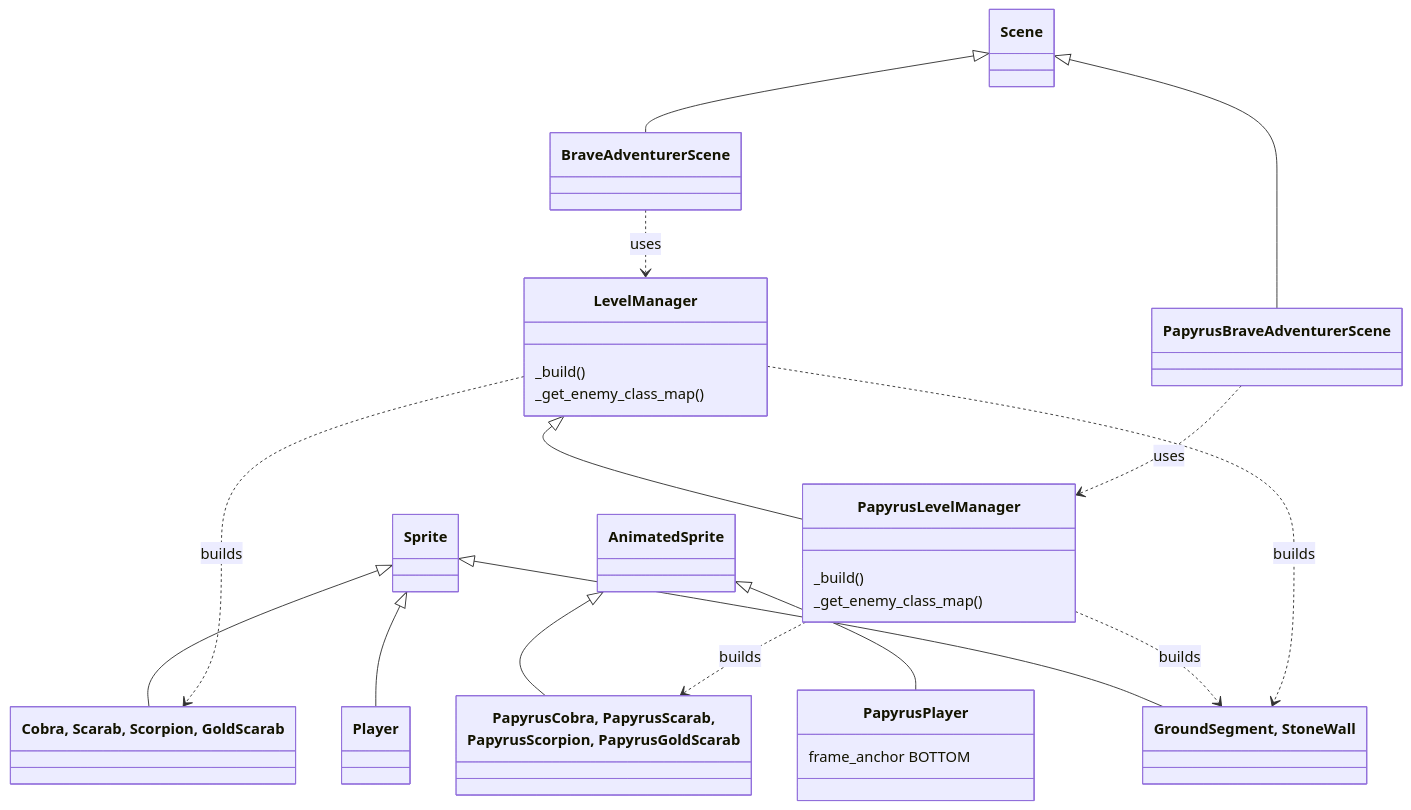
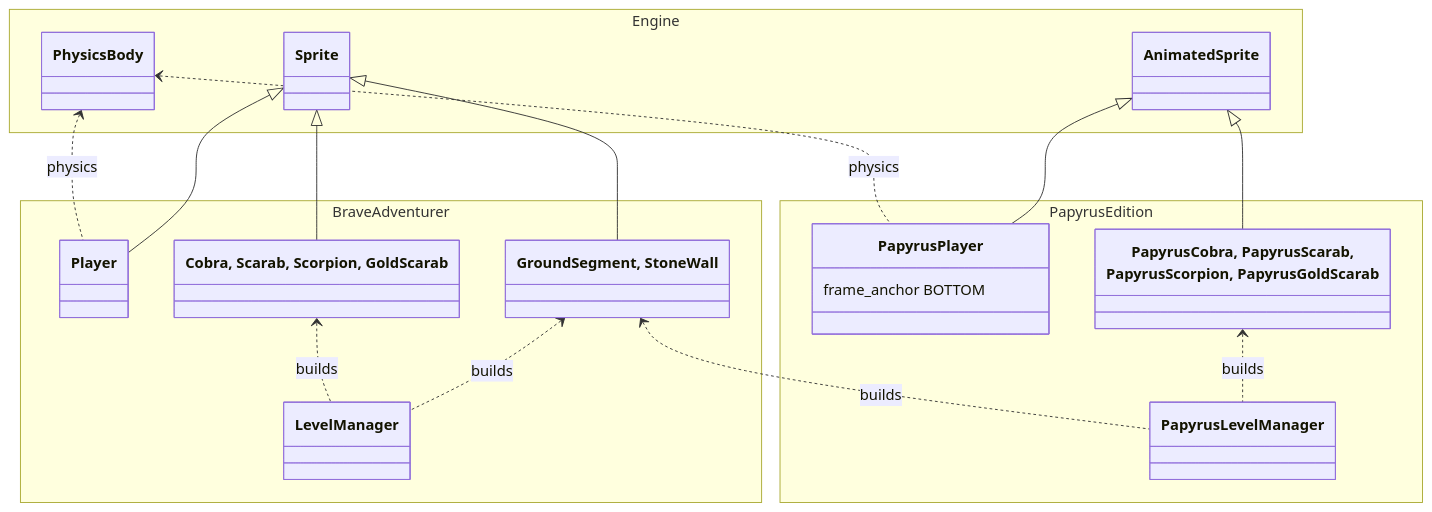
Before and after one commit to terrysimons/glitchygames: the seventh of 7 diagrams in docs/games/brave_adventurer.md, drawn with Mermaid. The commit also changed other lines of this file and 5 other files, not shown here.

First line of the commit message:
Docs: every diagram that mixes engine and game code shows the split

````diff
--- a/docs/games/brave_adventurer.md
+++ b/docs/games/brave_adventurer.md
@@ -479,40 +563,35 @@
 ```mermaid
 classDiagram
     direction TB
-    class Scene
-    class BraveAdventurerScene
-    class PapyrusBraveAdventurerScene
-    class LevelManager {
-        _build()
-        _get_enemy_class_map()
+    namespace Engine {
+        class Sprite
+        class AnimatedSprite
+        class PhysicsBody
     }
-    class PapyrusLevelManager {
-        _build()
-        _get_enemy_class_map()
+    namespace BraveAdventurer {
+        class SpritesLevelManager["LevelManager"]
+        class Player
+        class TerrainSprites["GroundSegment, StoneWall"]
+        class PrimitiveSprites["Cobra, Scarab, Scorpion, GoldScarab"]
     }
-    class Sprite
-    class AnimatedSprite
-    class Player
-    class PapyrusPlayer {
-        frame_anchor BOTTOM
+    namespace PapyrusEdition {
+        class SpritesPapyrusLevelManager["PapyrusLevelManager"]
+        class PapyrusPlayer {
+            frame_anchor BOTTOM
+        }
+        class PapyrusSprites["PapyrusCobra, PapyrusScarab,<br/>PapyrusScorpion, PapyrusGoldScarab"]
     }
-    class TerrainSprites["GroundSegment, StoneWall"]
-    class PrimitiveSprites["Cobra, Scarab, Scorpion, GoldScarab"]
-    class PapyrusSprites["PapyrusCobra, PapyrusScarab,<br/>PapyrusScorpion, PapyrusGoldScarab"]
 
-    Scene <|-- BraveAdventurerScene
-    Scene <|-- PapyrusBraveAdventurerScene
-    LevelManager <|-- PapyrusLevelManager
     Sprite <|-- Player
     Sprite <|-- TerrainSprites
     Sprite <|-- PrimitiveSprites
     AnimatedSprite <|-- PapyrusPlayer
     AnimatedSprite <|-- PapyrusSprites
+    PhysicsBody <.. Player : physics
+    PhysicsBody <.. PapyrusPlayer : physics
 
-    PapyrusLevelManager ..> TerrainSprites : builds
-    PapyrusLevelManager ..> PapyrusSprites : builds
-    LevelManager ..> TerrainSprites : builds
-    LevelManager ..> PrimitiveSprites : builds
-    BraveAdventurerScene ..> LevelManager : uses
-    PapyrusBraveAdventurerScene ..> PapyrusLevelManager : uses
+    TerrainSprites <.. SpritesLevelManager : builds
+    PrimitiveSprites <.. SpritesLevelManager : builds
+    TerrainSprites <.. SpritesPapyrusLevelManager : builds
+    PapyrusSprites <.. SpritesPapyrusLevelManager : builds
 ```
````
